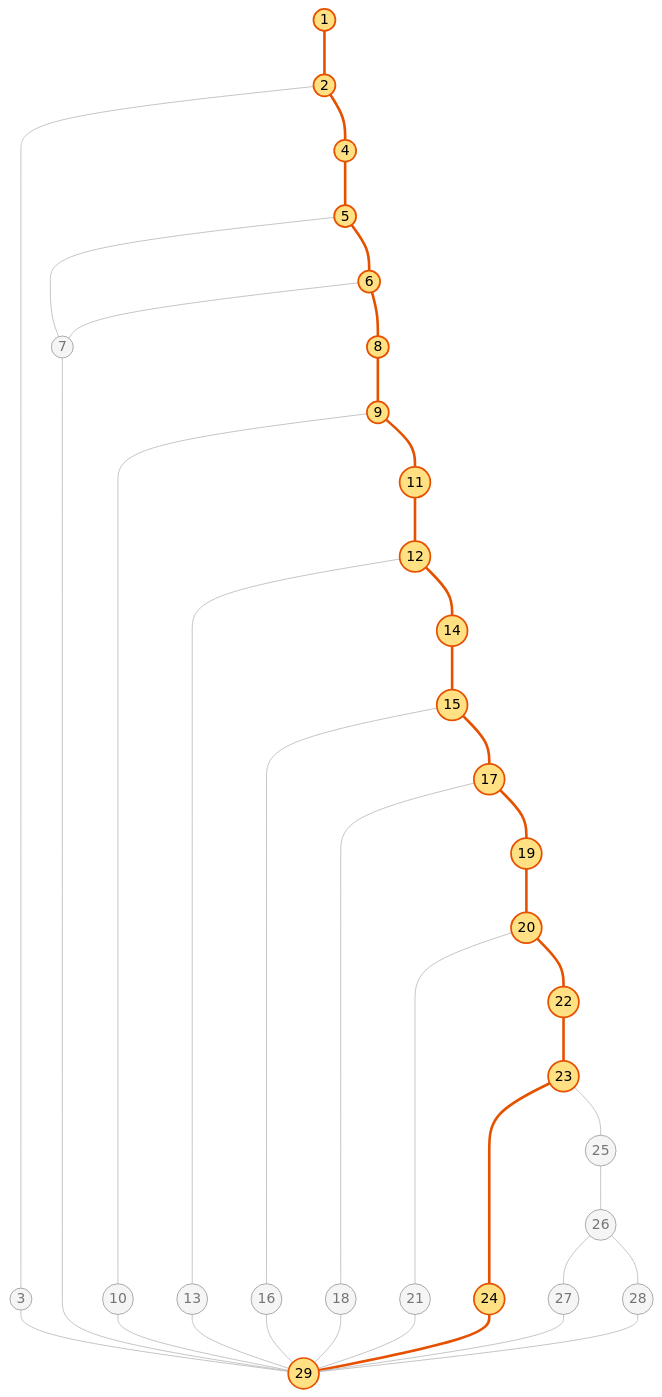
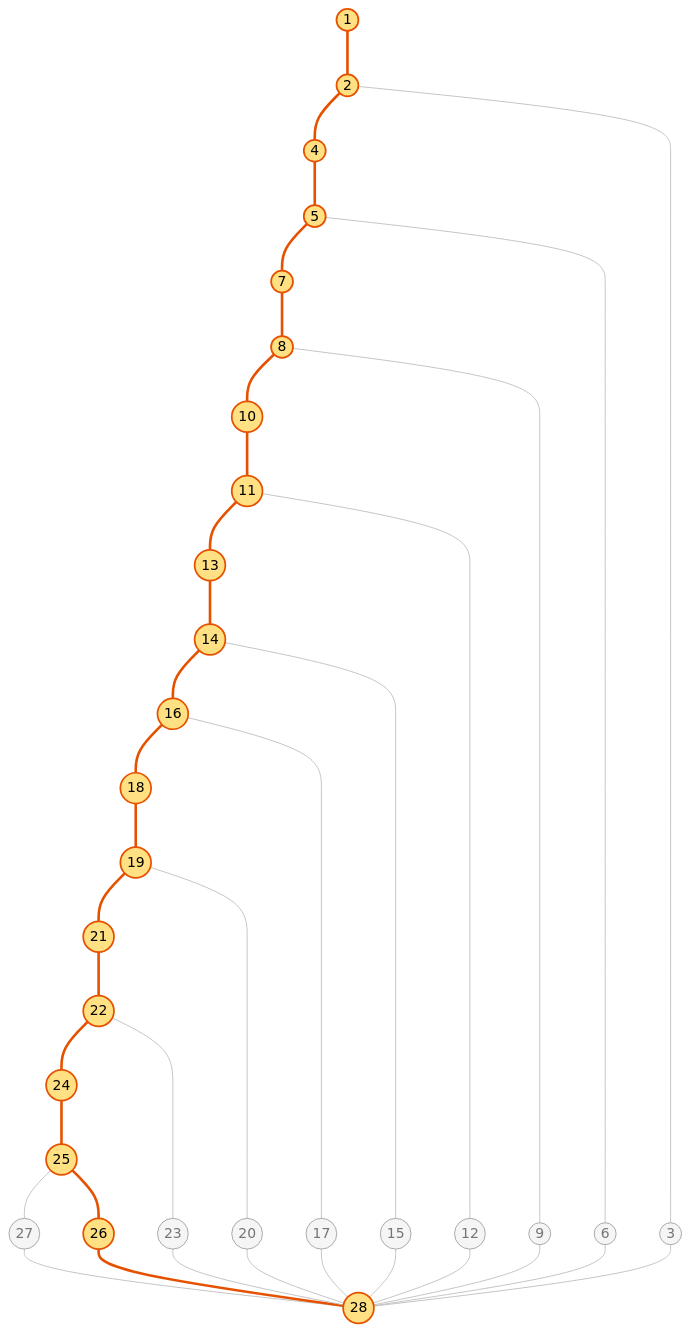
The tenth of 11 diagrams in tests/docs/caja_blanca_01_enviar_flag.md (bloedige/itdb_ctf), drawn with Mermaid before and after one commit. The commit also changed other lines of this file and 47 other files, not shown here.

````diff
--- a/tests/docs/caja_blanca_01_enviar_flag.md
+++ b/tests/docs/caja_blanca_01_enviar_flag.md
@@ -554,46 +561,44 @@
 ```mermaid
 graph TD
     n1((1)) --- n2((2))
-    n2 --- n3((3))
-    n3 --- n29((29))
     n2 --- n4((4))
     n4 --- n5((5))
     n5 --- n7((7))
-    n7 --- n29
+    n7 --- n8((8))
+    n8 --- n10((10))
+    n10 --- n11((11))
+    n11 --- n13((13))
+    n13 --- n14((14))
+    n14 --- n16((16))
+    n16 --- n18((18))
+    n18 --- n19((19))
+    n19 --- n21((21))
+    n21 --- n22((22))
+    n22 --- n24((24))
+    n24 --- n25((25))
+    n25 --- n27((27))
+    n27 --- n28((28))
+    n25 --- n26((26))
+    n26 --- n28
+    n22 --- n23((23))
+    n23 --- n28
+    n19 --- n20((20))
+    n20 --- n28
+    n16 --- n17((17))
+    n17 --- n28
+    n14 --- n15((15))
+    n15 --- n28
+    n11 --- n12((12))
+    n12 --- n28
+    n8 --- n9((9))
+    n9 --- n28
     n5 --- n6((6))
-    n6 --- n7
-    n6 --- n8((8))
-    n8 --- n9((9))
-    n9 --- n10((10))
-    n10 --- n29
-    n9 --- n11((11))
-    n11 --- n12((12))
-    n12 --- n13((13))
-    n13 --- n29
-    n12 --- n14((14))
-    n14 --- n15((15))
-    n15 --- n16((16))
-    n16 --- n29
-    n15 --- n17((17))
-    n17 --- n18((18))
-    n18 --- n29
-    n17 --- n19((19))
-    n19 --- n20((20))
-    n20 --- n21((21))
-    n21 --- n29
-    n20 --- n22((22))
-    n22 --- n23((23))
-    n23 --- n24((24))
-    n24 --- n29
-    n23 --- n25((25))
-    n25 --- n26((26))
-    n26 --- n27((27))
-    n27 --- n29
-    n26 --- n28((28))
-    n28 --- n29
+    n6 --- n28
+    n2 --- n3((3))
+    n3 --- n28
     classDef default fill:#f5f5f5,stroke:#9e9e9e,color:#757575
     classDef camino fill:#ffe082,stroke:#e65100,stroke-width:2px,color:#000
-    class n1,n2,n4,n5,n6,n8,n9,n11,n12,n14,n15,n17,n19,n20,n22,n23,n24,n29 camino
+    class n1,n2,n4,n5,n7,n8,n10,n11,n13,n14,n16,n18,n19,n21,n22,n24,n25,n26,n28 camino
     linkStyle default stroke:#bdbdbd,stroke-width:1px
-    linkStyle 0,3,4,7,9,10,13,14,17,18,21,24,25,28,29,30,31 stroke:#e65100,stroke-width:3px
+    linkStyle 0,1,2,3,4,5,6,7,8,9,10,11,12,13,14,15,18,19 stroke:#e65100,stroke-width:3px
 ```
````
